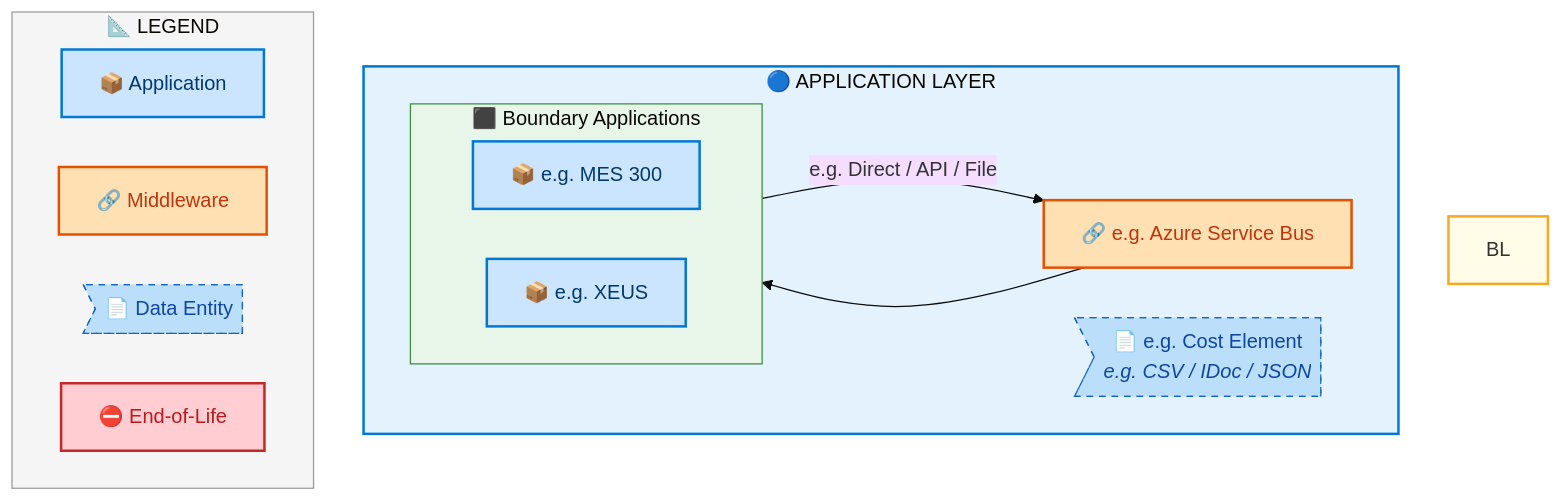
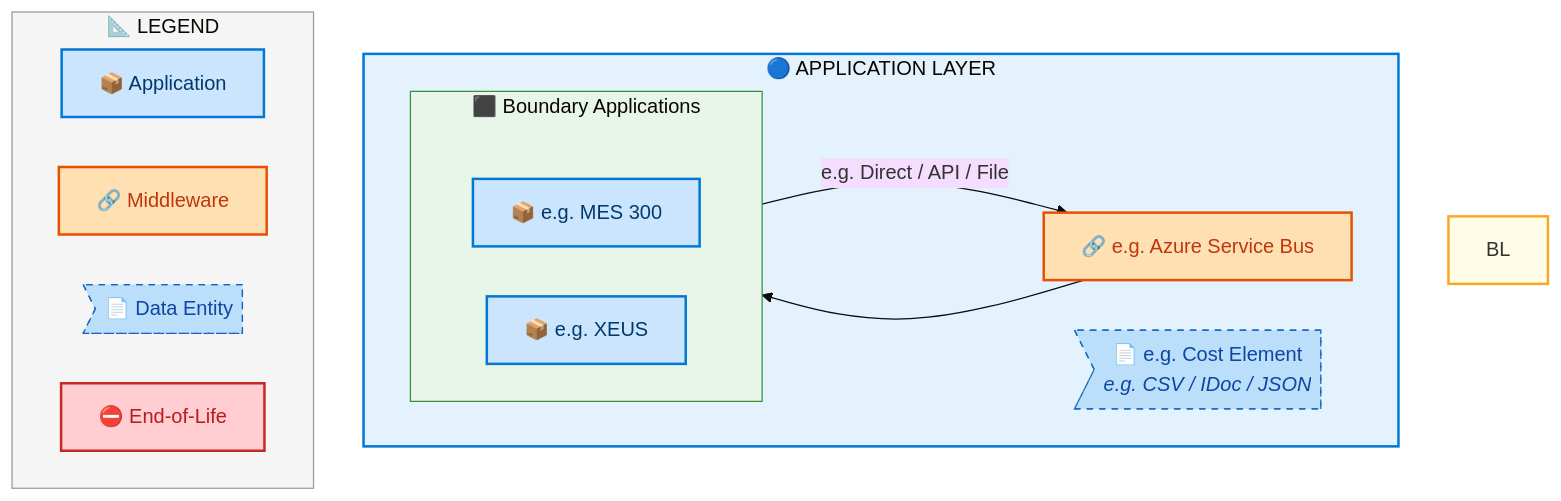
Diagram 19 of 21 in towers/E2E/Order to Cash/IF_Simplified_PO-SO_Model/output/docs/systems-architecture/IF_Simplified_PO-SO_Model-Architecture.md (sajivfrancis777/IAO-Architecture), drawn with Mermaid before and after one commit. The commit also changed other lines of this file and 250 other files, not shown here.

First line of the commit message:
perf+fix: lazy Mermaid rendering + rank-enforced layer ordering

````diff
--- a/towers/E2E/Order to Cash/IF_Simplified_PO-SO_Model/output/docs/systems-architecture/IF_Simplified_PO-SO_Model-Architecture.md
+++ b/towers/E2E/Order to Cash/IF_Simplified_PO-SO_Model/output/docs/systems-architecture/IF_Simplified_PO-SO_Model-Architecture.md
@@ -2844,42 +2846,44 @@
 ```mermaid
 %%{init: {"theme": "base", "securityLevel": "loose", "themeVariables": {"fontSize": "16px", "fontFamily": "Segoe UI, Arial, sans-serif"}, "flowchart": {"useMaxWidth": false, "htmlLabels": true, "nodeSpacing": 40, "rankSpacing": 50}} }%%
 flowchart TB
     %% -- ArchiMate 3.2 + Azure style classes --
     classDef business      fill:#FFFFB3,stroke:#F9A825,stroke-width:2px,color:#000
     classDef app           fill:#CCE5FF,stroke:#0078D4,stroke-width:2px,color:#003A6C
     classDef data          fill:#BBDEFB,stroke:#1565C0,stroke-width:1px,color:#0D47A1,stroke-dasharray: 5 5
     classDef middleware    fill:#FFE0B2,stroke:#E65100,stroke-width:2px,color:#BF360C
     classDef eol           fill:#FFCDD2,stroke:#C62828,stroke-width:2px,color:#B71C1C
     classDef saas          fill:#E1BEE7,stroke:#7B1FA2,stroke-width:2px,color:#4A148C
     classDef cloud         fill:#BBDEFB,stroke:#1565C0,stroke-width:2px,color:#0D47A1
     classDef onprem        fill:#C8E6C9,stroke:#2E7D32,stroke-width:2px,color:#1B5E20
+    classDef rankAnchor    width:0px,height:0px,padding:0px,margin:0px,fill:none,stroke:none
 
     subgraph AL["🔵 APPLICATION LAYER"]
         direction LR
         subgraph IF_Simplified_POSO_ModelFLN_Boundary_Applications[" ⬛ Boundary Applications"]
             direction LR
+            IF_Simplified_POSO_ModelF_ALRANK_0[ ]:::rankAnchor
             IF_Simplified_POSO_ModelF_e_g_MES_300["📦 e.g. MES 300"]:::app
             IF_Simplified_POSO_ModelF_e_g_XEUS["📦 e.g. XEUS"]:::app
         end
         IF_Simplified_POSO_ModelFMW_e_g_Azure_Service_Bus["🔗 e.g. Azure Service Bus"]:::middleware
         IF_Simplified_POSO_ModelFDE_e_g_Cost_Element>"📄 e.g. Cost Element<br/><i>e.g. CSV / IDoc / JSON</i>"]:::data
     end
 
     IF_Simplified_POSO_ModelF_e_g_MES_300 -->|"e.g. Direct / API / File"| IF_Simplified_POSO_ModelFMW_e_g_Azure_Service_Bus
     IF_Simplified_POSO_ModelFMW_e_g_Azure_Service_Bus --> IF_Simplified_POSO_ModelF_e_g_XEUS
 
 
     style BL fill:#FFFDE7,stroke:#F9A825,stroke-width:2px
     style AL fill:#E3F2FD,stroke:#0078D4,stroke-width:2px
 
     style IF_Simplified_POSO_ModelFLN_Boundary_Applications fill:#E8F5E9,stroke:#388E3C,stroke-width:1px
 
     subgraph Legend["📐 LEGEND"]
         direction LR
         L_APP["📦 Application"]:::app
         L_MW["🔗 Middleware"]:::middleware
         L_DE>"📄 Data Entity"]:::data
         L_EOL["⛔ End-of-Life"]:::eol
     end
     style Legend fill:#F5F5F5,stroke:#999,stroke-width:1px
 ```
````
